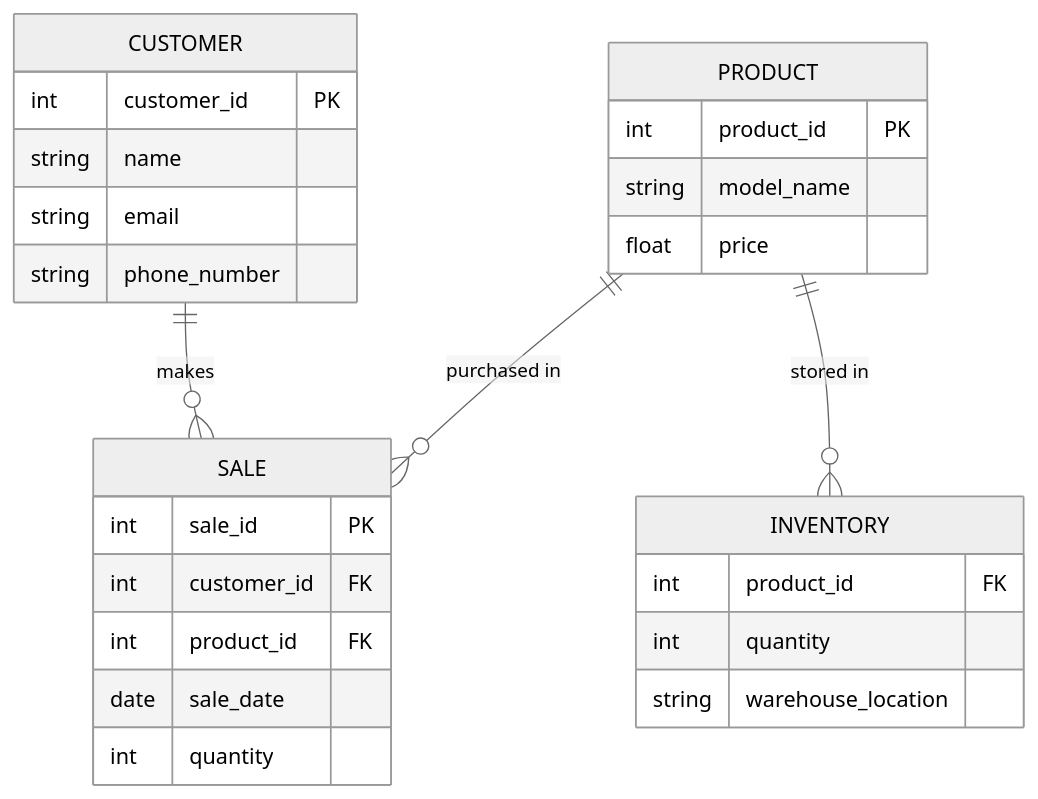
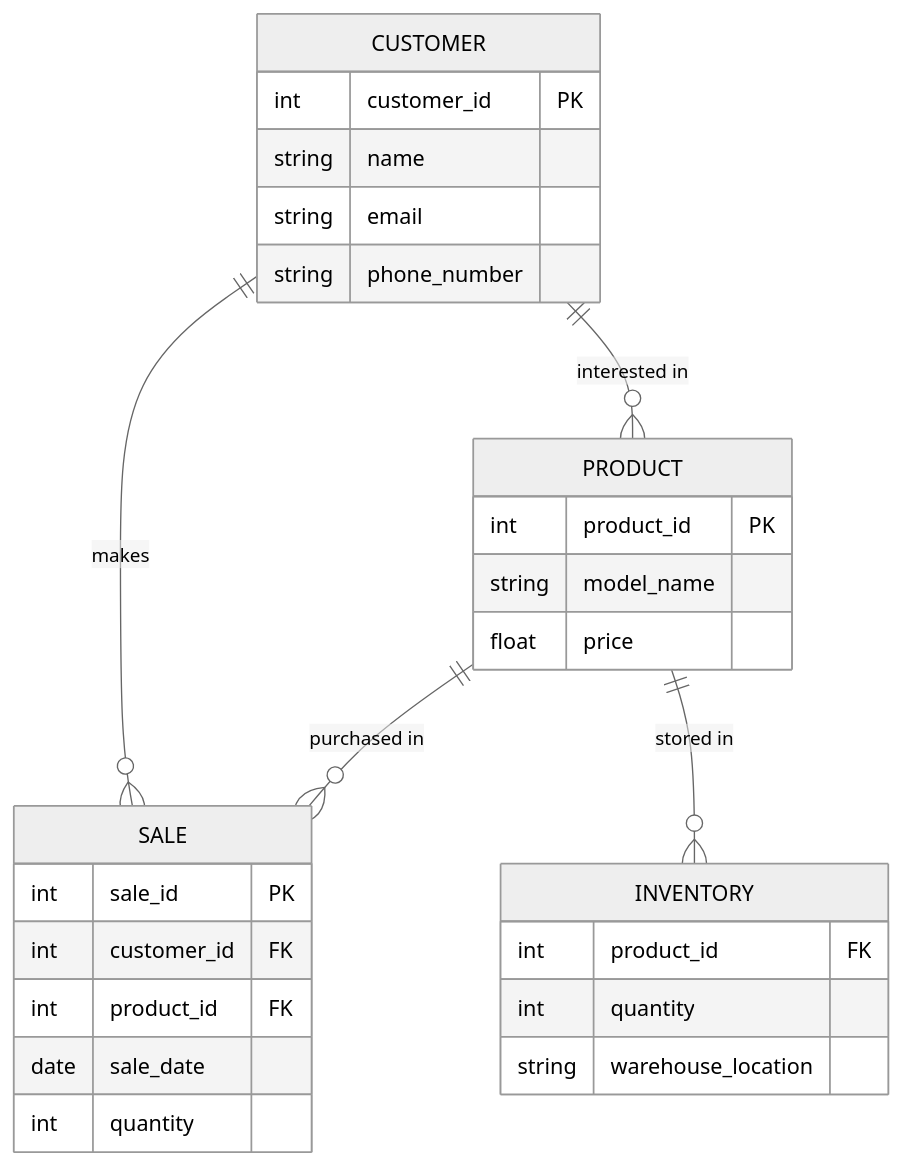
The diagram in Nikestore_ERD.md (abhaysnair/abhayshibunair.github.io), drawn with Mermaid (neutral theme) before and after one commit. The commit also changed other lines of this file, not shown here.

````diff
--- a/Nikestore_ERD.md
+++ b/Nikestore_ERD.md
@@ -3,36 +3,37 @@
 ```mermaid
 
 erDiagram
 
  PRODUCT {
     int product_id PK
     string model_name
     float price 
 
  }
  
  CUSTOMER {
     int customer_id PK
     string name 
     string email 
     string phone_number
  }
  SALE {
     int sale_id PK 
     int customer_id FK
     int product_id FK 
     date sale_date
     int quantity 
 
  }
  INVENTORY {
     int product_id FK 
     int quantity
     string warehouse_location
  }
 
 PRODUCT ||--o{ SALE : "purchased in"
 CUSTOMER ||--o{ SALE : "makes"
 PRODUCT ||--o{ INVENTORY : "stored in"
+CUSTOMER ||--o{ PRODUCT: "interested in"
 
 ```
````
